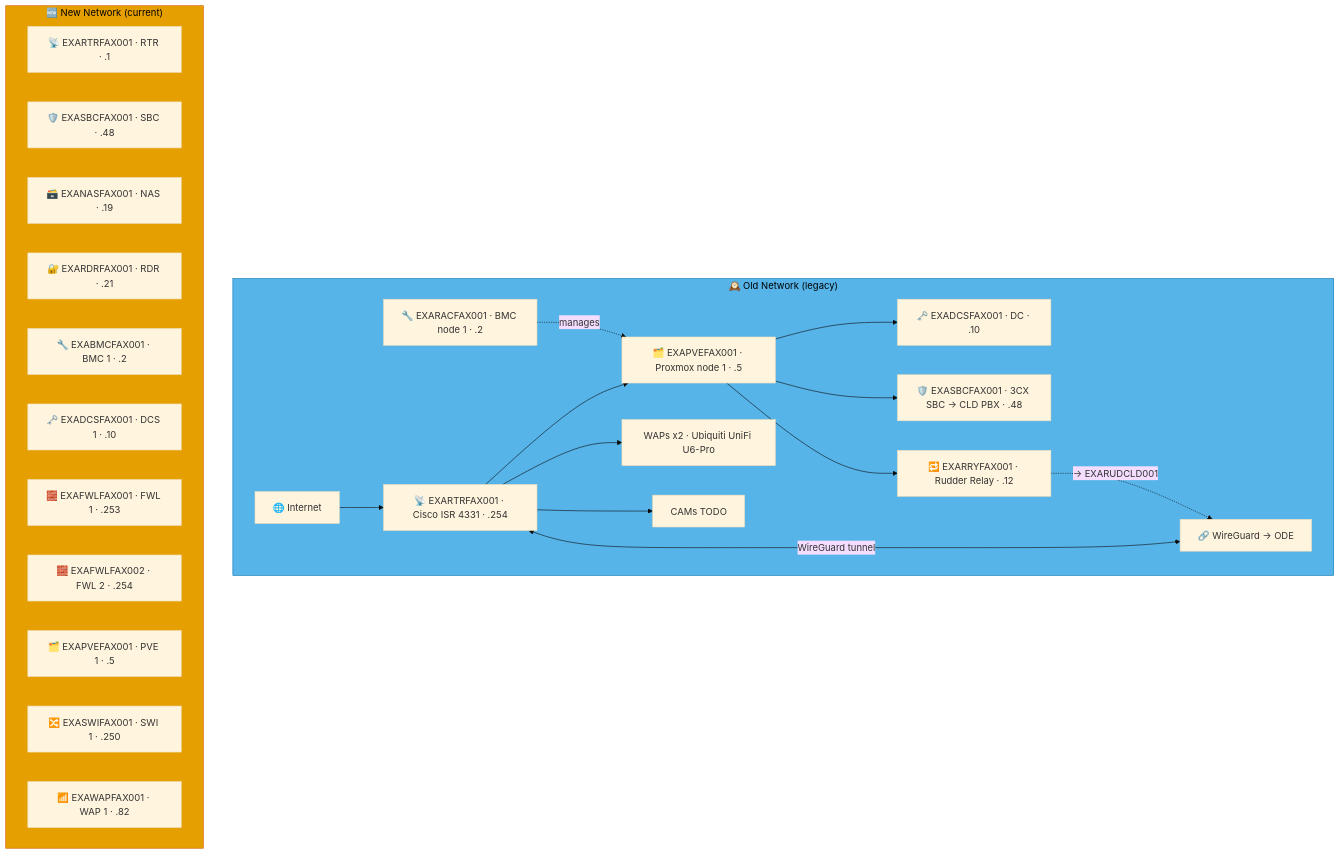
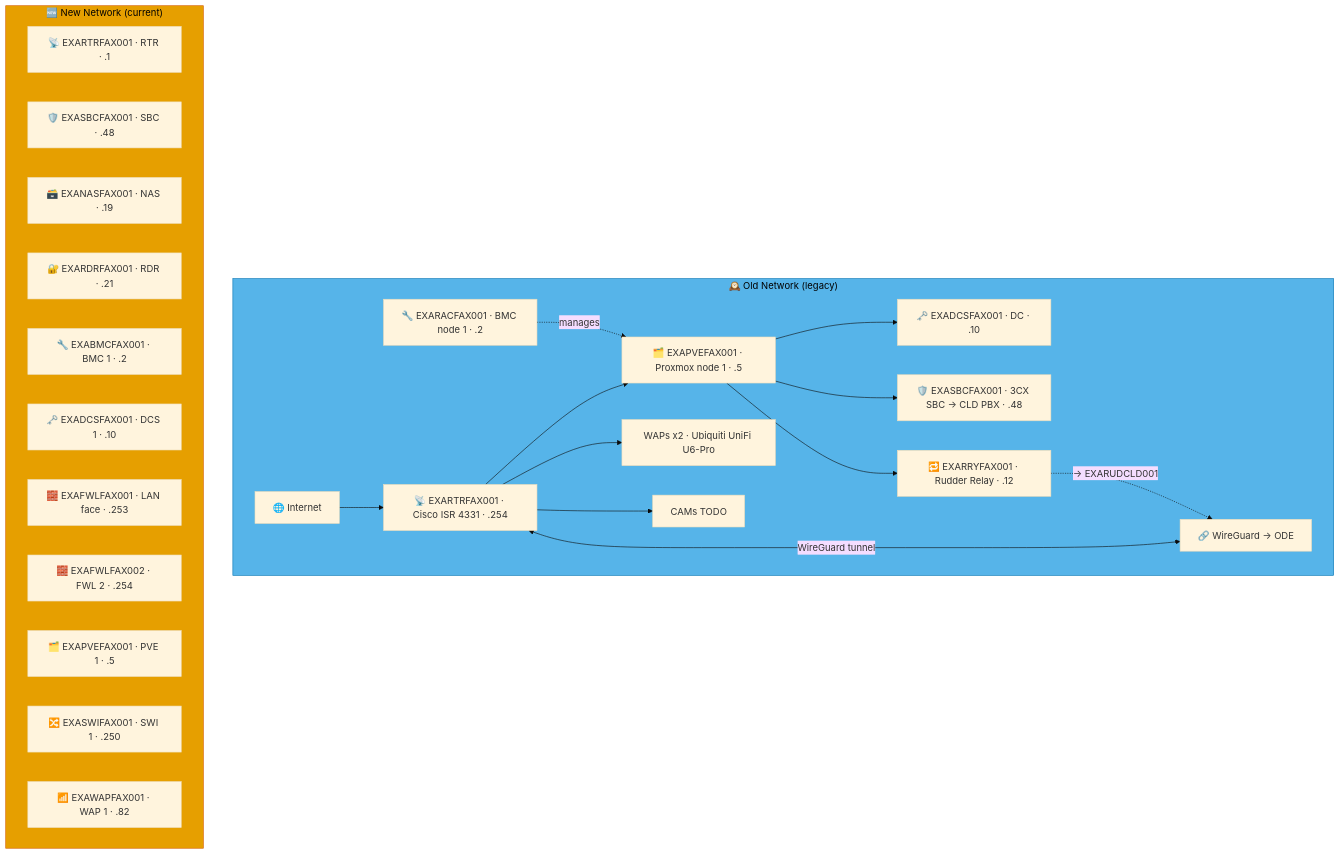
Before and after one commit to knightmare2600/example_music_infra: the fourth of 9 diagrams in docs/network-diagram/danmark.md, drawn with Mermaid (base theme). The commit also changed other lines of this file and 17 other files, not shown here.

````diff
--- a/docs/network-diagram/danmark.md
+++ b/docs/network-diagram/danmark.md
@@ -198,40 +198,40 @@
 ```mermaid
 graph TD
     subgraph OLD_FAX ["🕰️ Old Network (legacy)"]
       INET["🌐 Internet"]
       RTR["📡 EXARTRFAX001 · Cisco ISR 4331 · .254"]
       RAC["🔧 EXARACFAX001 · BMC node 1 · .2"]
       PVE["🗂️ EXAPVEFAX001 · Proxmox node 1 · .5"]
       DC["🗝️ EXADCSFAX001 · DC · .10"]
       SBC["🛡️ EXASBCFAX001 · 3CX SBC → CLD PBX · .48"]
       RRY["🔁 EXARRYFAX001 · Rudder Relay · .12"]
       WAP["WAPs x2 · Ubiquiti UniFi U6-Pro"]
       CAM["CAMs TODO"]
       VPN["🔗 WireGuard → ODE"]
 
       INET --> RTR --> PVE --> DC & SBC
       RAC -.->|"manages"| PVE
       RTR --> WAP & CAM
       RTR <-->|"WireGuard tunnel"| VPN
 
       PVE --> RRY
       RRY -. "→ EXARUDCLD001" .-> VPN
     end
     style OLD_FAX fill:#56B4E9,stroke:#0072B2,color:#000000
     %% GENERATED:NEW-NETWORK:FAX:START
     subgraph NEW_FAX ["🆕 New Network (current)"]
       N_RTR["📡 EXARTRFAX001 · RTR · .1"]
       N_SBC["🛡️ EXASBCFAX001 · SBC · .48"]
       N_NAS["🗃️ EXANASFAX001 · NAS · .19"]
       N_RDR["🔐 EXARDRFAX001 · RDR · .21"]
       N_BMC["🔧 EXABMCFAX001 · BMC 1 · .2"]
       N_DCS["🗝️ EXADCSFAX001 · DCS 1 · .10"]
-      N_FWL["🧱 EXAFWLFAX001 · FWL 1 · .253"]
+      N_FWL["🧱 EXAFWLFAX001 · LAN face · .253"]
       N_FWL2["🧱 EXAFWLFAX002 · FWL 2 · .254"]
       N_PVE["🗂️ EXAPVEFAX001 · PVE 1 · .5"]
       N_SWI["🔀 EXASWIFAX001 · SWI 1 · .250"]
       N_WAP["📶 EXAWAPFAX001 · WAP 1 · .82"]
     end
     style NEW_FAX fill:#E69F00,stroke:#D55E00,color:#000000
     %% GENERATED:NEW-NETWORK:FAX:END
 ```
````
